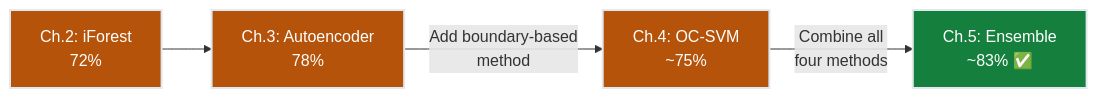
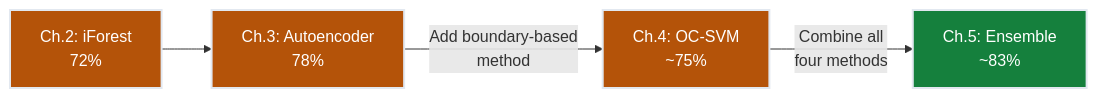
The first of 4 diagrams in notes/ML/05-AnomalyDetection/ch04-one-class-svm/README.md (deepakshamsft/ai-portfolio), drawn with Mermaid before and after one commit. The commit also changed other lines of this file and 50 other files, not shown here.

````diff
--- a/notes/ML/05-AnomalyDetection/ch04-one-class-svm/README.md
+++ b/notes/ML/05-AnomalyDetection/ch04-one-class-svm/README.md
@@ -25,11 +25,11 @@
 ```mermaid
 flowchart LR
     CH2["Ch.2: iForest\n72%"] --> CH3["Ch.3: Autoencoder\n78%"]
     CH3 -->|"Add boundary-based\nmethod"| CH4["Ch.4: OC-SVM\n~75%"]
-    CH4 -->|"Combine all\nfour methods"| CH5["Ch.5: Ensemble\n~83% ✅"]
+    CH4 -->|"Combine all\nfour methods"| CH5["Ch.5: Ensemble\n~83%"]
 
     style CH2 fill:#b45309,stroke:#e2e8f0,stroke-width:2px,color:#ffffff
     style CH3 fill:#b45309,stroke:#e2e8f0,stroke-width:2px,color:#ffffff
     style CH4 fill:#b45309,stroke:#e2e8f0,stroke-width:2px,color:#ffffff
     style CH5 fill:#15803d,stroke:#e2e8f0,stroke-width:2px,color:#ffffff
 ```
````
